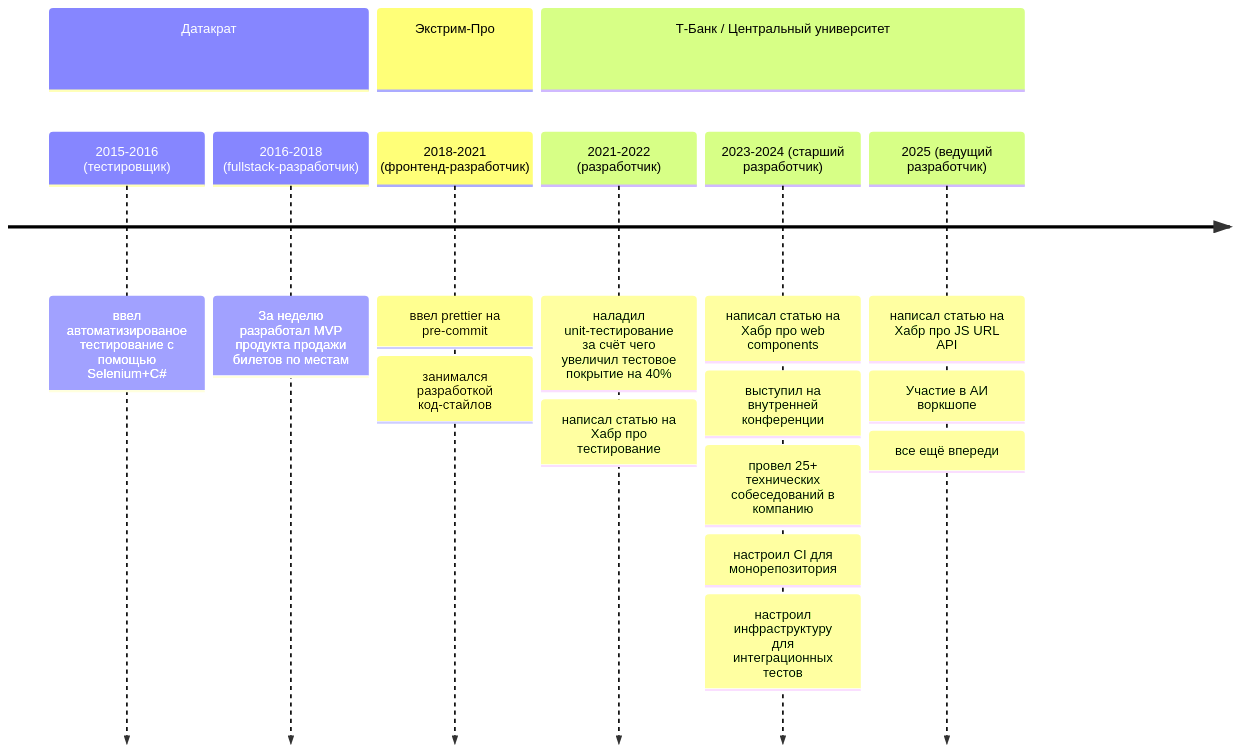
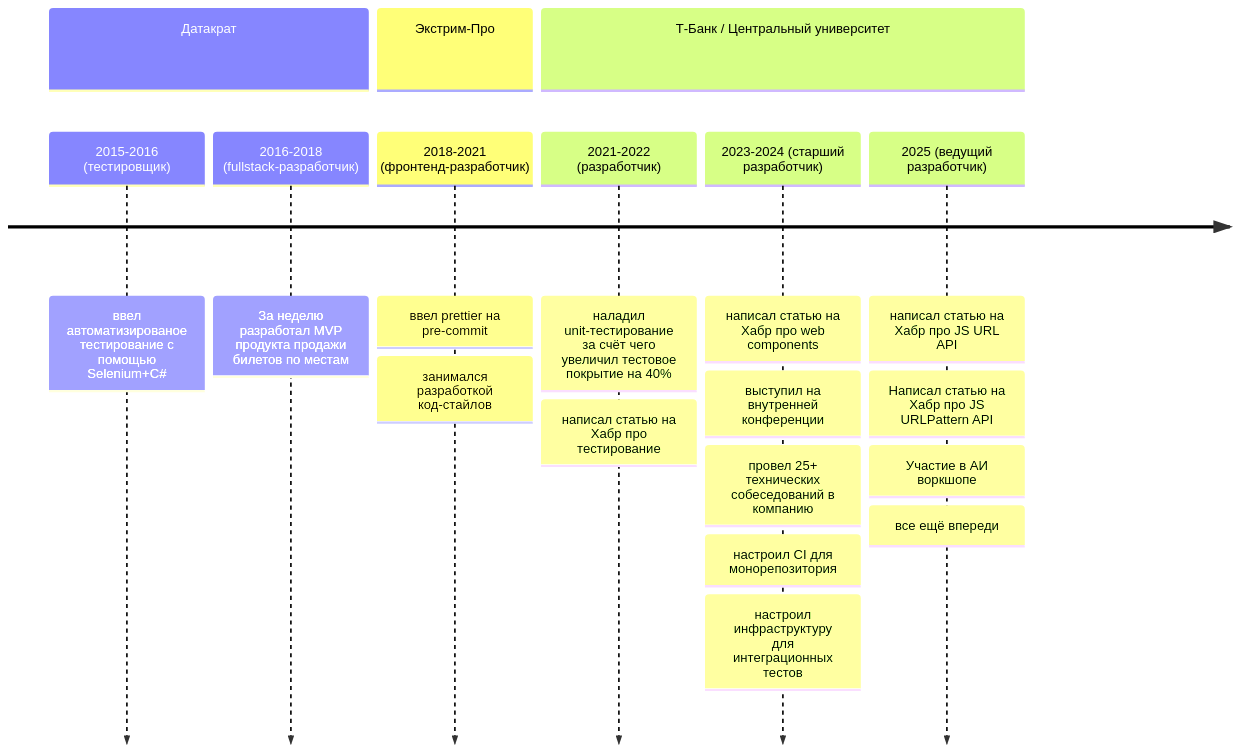
One commit to Goodzonchik/Goodzonchik changed the first of 4 diagrams in README.md. Above: the diagram before and after it, drawn with Mermaid. The commit also changed other lines of this file, not shown here.

````diff
--- a/README.md
+++ b/README.md
@@ -7,20 +7,21 @@
 ```mermaid
 timeline
     section Датакрат
         2015-2016 (тестировщик) : ввел автоматизированое тестирование с помощью Selenium+C#
         2016-2018 (fullstack-разработчик) : За неделю разработал MVP продукта продажи билетов по местам
     section Экстрим-Про
         2018-2021 (фронтенд-разработчик) : ввел prettier на pre-commit
                   : занимался разработкой код-стайлов
     section Т-Банк / Центральный университет
         2021-2022 (разработчик) : наладил unit-тестирование за счёт чего увеличил тестовое покрытие на 40%
                   : написал статью на Хабр про тестирование
         2023-2024 (старший разработчик) : написал статью на Хабр про web components
                   : выступил на внутренней конференции
                   : провел 25+ технических собеседований в компанию
                   : настроил CI для монорепозитория
                   : настроил инфраструктуру для интеграционных тестов
         2025 (ведущий разработчик) : написал статью на Хабр про JS URL API
+                  : Написал статью на Хабр про JS URLPattern API
                   : Участие в АИ воркшопе
                   : все ещё впереди
 ```
````
